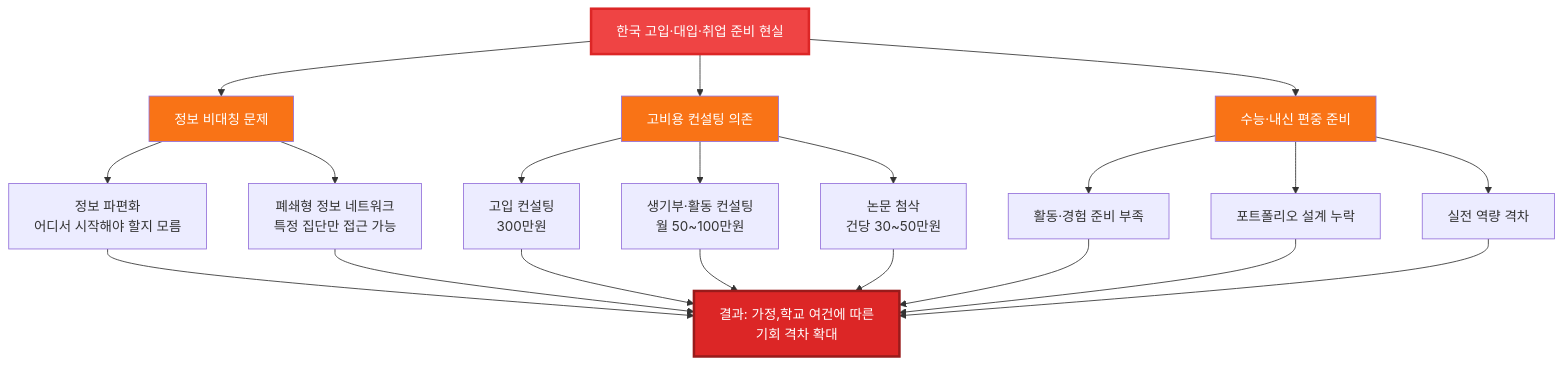
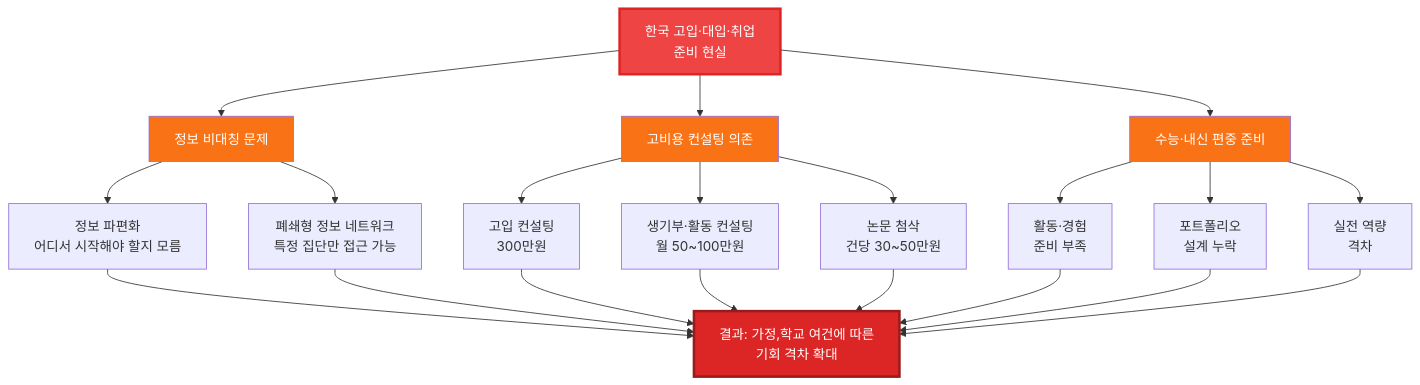
One commit to Collegenie-X/AI-career-path changed the second of 6 diagrams in Readme.md. Above: the diagram before and after it, drawn with Mermaid. The commit also changed other lines of this file and 40 other files, not shown here.

````diff
--- a/Readme.md
+++ b/Readme.md
@@ -79,32 +79,32 @@
 ```mermaid
 graph TD
-    A["한국 고입·대입·취업 준비 현실"] --> B["정보 비대칭 문제"]
+    A["한국 고입·대입·취업 <br> 준비 현실"] --> B["정보 비대칭 문제"]
     A --> C["고비용 컨설팅 의존"]
     A --> D["수능·내신 편중 준비"]
     
     B --> B1["정보 파편화<br/>어디서 시작해야 할지 모름"]
     B --> B2["폐쇄형 정보 네트워크<br/>특정 집단만 접근 가능"]
     
     C --> C1["고입 컨설팅<br/>300만원"]
     C --> C2["생기부·활동 컨설팅<br/>월 50~100만원"]
     C --> C3["논문 첨삭<br/>건당 30~50만원"]
     
-    D --> D1["활동·경험 준비 부족"]
-    D --> D2["포트폴리오 설계 누락"]
-    D --> D3["실전 역량 격차"]
+    D --> D1["활동·경험 <br> 준비 부족"]
+    D --> D2["포트폴리오 <br> 설계 누락"]
+    D --> D3["실전 역량 <br> 격차"]
     
     B1 --> E["결과: 가정,학교 여건에 따른<br/>기회 격차 확대"]
     B2 --> E
     C1 --> E
     C2 --> E
     C3 --> E
     D1 --> E
     D2 --> E
     D3 --> E
     
     style A fill:#EF4444,color:#fff,stroke:#DC2626,stroke-width:3px
     style E fill:#DC2626,color:#fff,stroke:#991B1B,stroke-width:3px
     style B fill:#F97316,color:#fff
     style C fill:#F97316,color:#fff
     style D fill:#F97316,color:#fff
 ```
````
